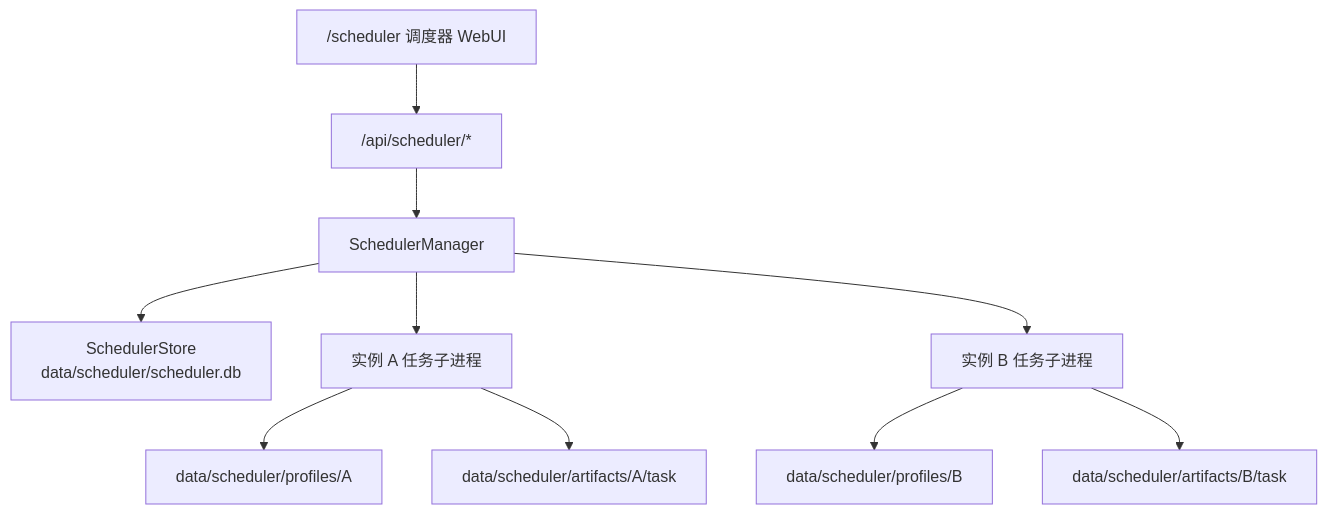
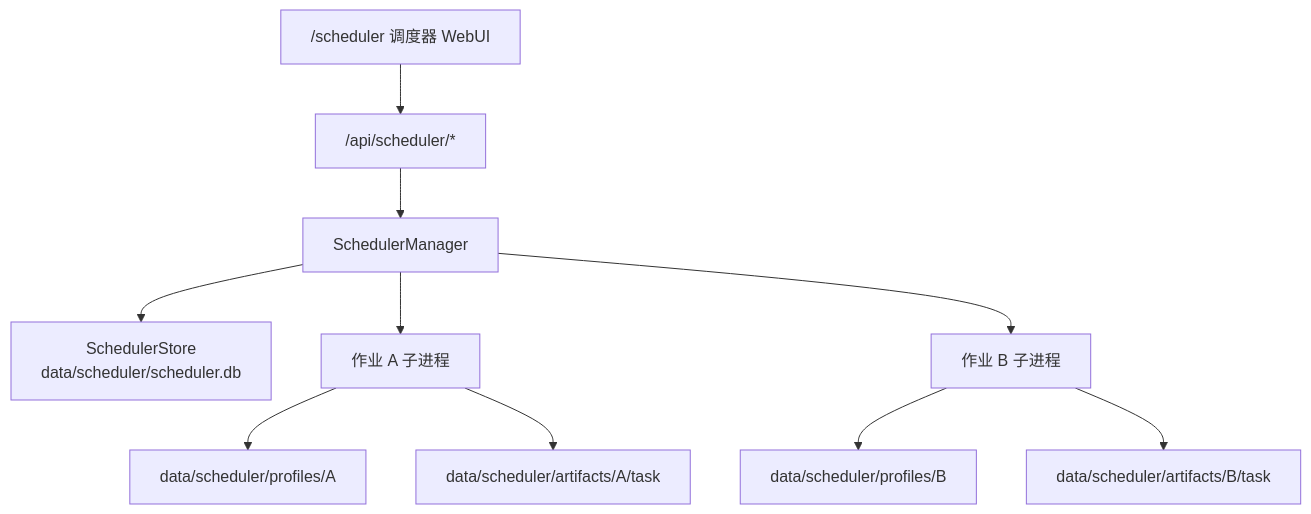
Before and after one commit to NanmiCoder/MediaCrawler: the third of 13 diagrams in docs/项目架构文档.md, drawn with Mermaid. The commit also changed other lines of this file and 14 other files, not shown here.

````diff
--- a/docs/项目架构文档.md
+++ b/docs/项目架构文档.md
@@ -153,15 +153,15 @@
 ```mermaid
 flowchart TB
     scheduler_ui["/scheduler 调度器 WebUI"] --> scheduler_api["/api/scheduler/*"]
     scheduler_api --> manager["SchedulerManager"]
     manager --> sqlite["SchedulerStore<br/>data/scheduler/scheduler.db"]
 
-    manager --> task_a["实例 A 任务子进程"]
-    manager --> task_b["实例 B 任务子进程"]
+    manager --> task_a["作业 A 子进程"]
+    manager --> task_b["作业 B 子进程"]
 
     task_a --> profile_a["data/scheduler/profiles/A"]
     task_b --> profile_b["data/scheduler/profiles/B"]
 
     task_a --> artifact_a["data/scheduler/artifacts/A/task"]
     task_b --> artifact_b["data/scheduler/artifacts/B/task"]
 ```
````
